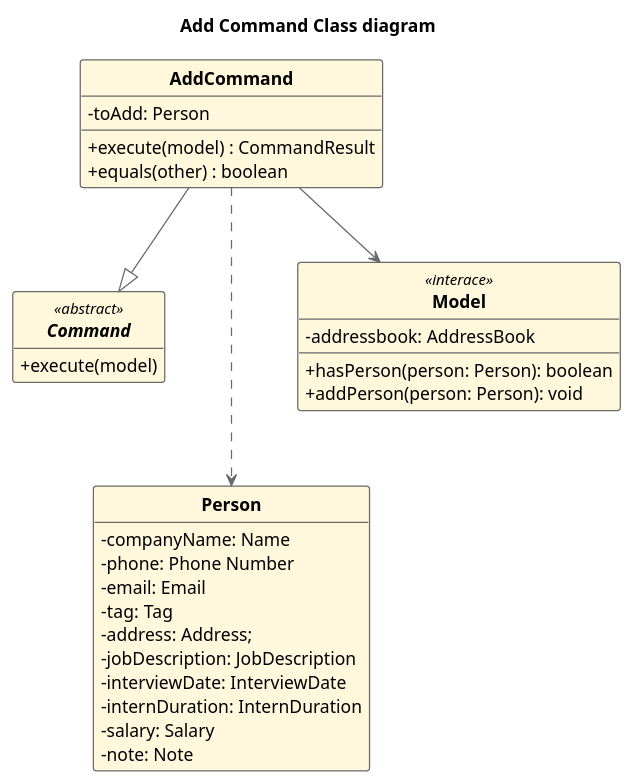
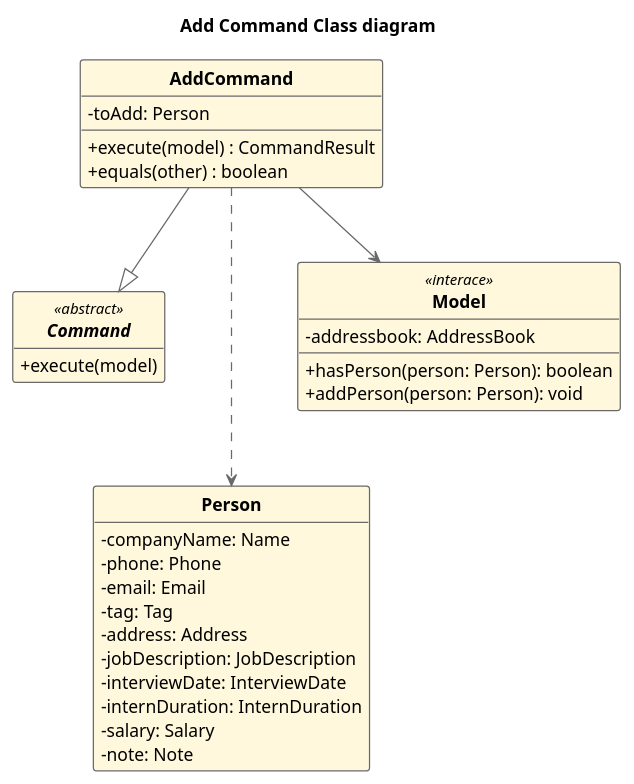
The diagram in diagrams/AddCommandClassDiagram.puml (AY2324S2-CS2103T-F14-1/tp), drawn with PlantUML before and after one commit. The commit also changed 42 other files, not shown here.

```diff
--- a/diagrams/AddCommandClassDiagram.puml
+++ b/diagrams/AddCommandClassDiagram.puml
@@ -1,56 +1,56 @@
 @startuml
 
 hide empty attributes
 hide empty methods
 hide circle
 
 skinparam shadowing false
 skinparam classFontStyle Bold
 skinparam ActivityBackgroundColor Silver
 skinparam ActivityBorderColor DimGray
 
 skinparam classAttributeIconSize 0
 
 skinparam class {
     BackgroundColor Cornsilk
     ArrowColor DimGray
     BorderThickness 1
     BorderColor DimGray
 }
 
 title "Add Command Class diagram"
 
 class "AddCommand" as Object\AddCommand {
      - toAdd: Person
      + execute(model) : CommandResult
      + equals(other) : boolean
 }
 
 Interface "Command" as Object\Command <<abstract>> {
     + execute(model)
 }
 
 class "Person" as Object\Person {
     - companyName: Name
-    - phone: Phone Number
+    - phone: Phone
     - email: Email
     - tag: Tag
-    - address: Address;
+    - address: Address
     - jobDescription: JobDescription
     - interviewDate: InterviewDate
     - internDuration: InternDuration
     - salary: Salary
     - note: Note
 }
 
 class "Model" as Object\Model <<interace>> {
     - addressbook: AddressBook
     + hasPerson(person: Person): boolean
     + addPerson(person: Person): void
 }
 
 Object\AddCommand --> Object\Model
 Object\AddCommand ...> Object\Person
 Object\AddCommand --|> Object\Command
 
 @enduml
```
